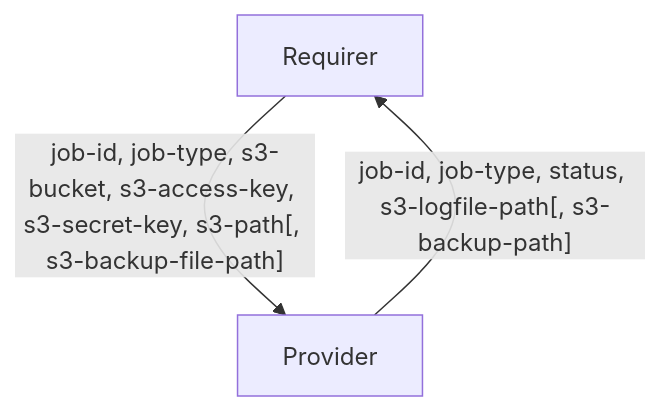
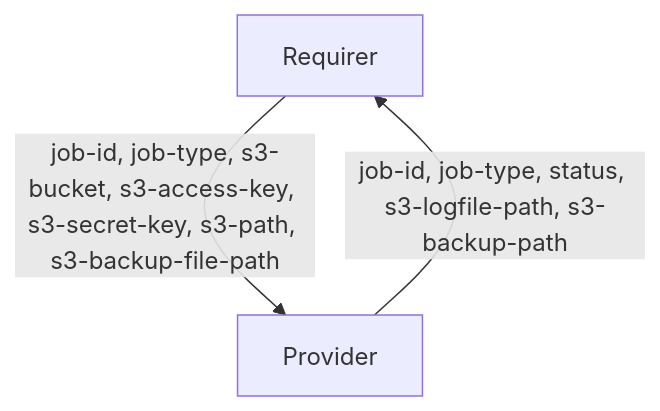
The diagram in interfaces/database_backup_manager/v0/README.md (canonical/charm-relation-interfaces), drawn with Mermaid before and after one commit. The commit also changed 1 other file, not shown here.

Commit message:
Fix mermaid errors

````diff
--- a/interfaces/database_backup_manager/v0/README.md
+++ b/interfaces/database_backup_manager/v0/README.md
@@ -14,5 +14,5 @@
 ```mermaid
 flowchart TD
-    Requirer -- job-id, job-type, s3-bucket, s3-access-key, s3-secret-key, s3-path[, s3-backup-file-path] --> Provider
-    Provider -- job-id, job-type, status, s3-logfile-path[, s3-backup-path] --> Requirer
+    Requirer -- job-id, job-type, s3-bucket, s3-access-key, s3-secret-key, s3-path, s3-backup-file-path --> Provider
+    Provider -- job-id, job-type, status, s3-logfile-path, s3-backup-path --> Requirer
 ```
````
